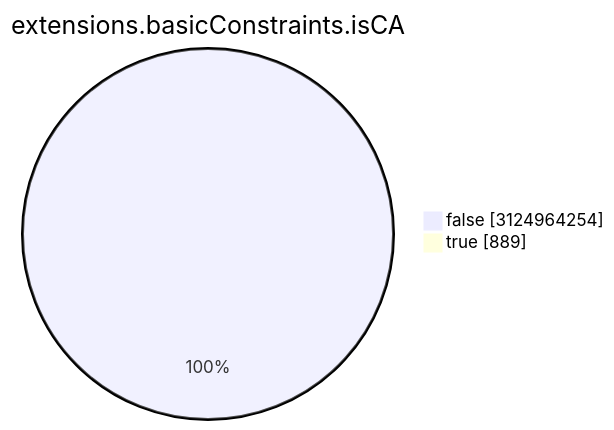
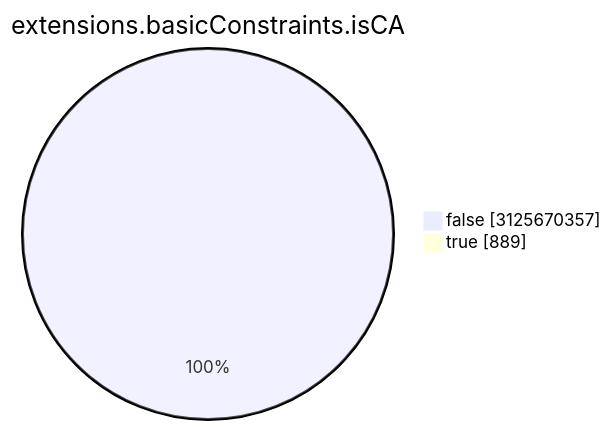
Before and after one commit to christiankrug/ctmonitor_visualization: the seventh of 15 diagrams in TOTAL/README.md, drawn with Mermaid. The commit also changed other lines of this file, not shown here.

````diff
--- a/TOTAL/README.md
+++ b/TOTAL/README.md
@@ -3088,6 +3088,6 @@
 ```mermaid
 pie showData
 title extensions.basicConstraints.isCA
-"false" :3124964254
+"false" :3125670357
 "true" :889
 ```
````
